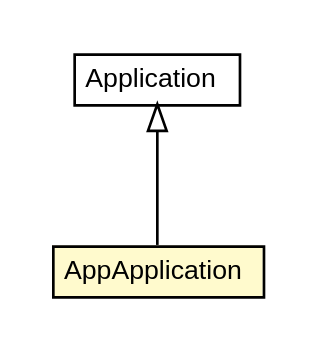
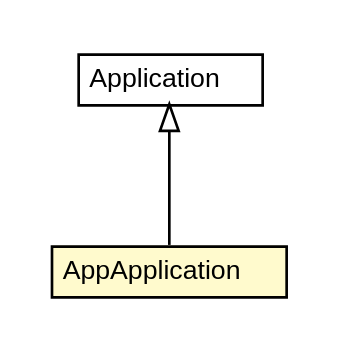
The diagram in apidocs/net/trajano/app/internal/AppApplication.dot (trajano/app), drawn with Graphviz before and after one commit. The commit also changed 277 other files, not shown here.

```diff
--- a/apidocs/net/trajano/app/internal/AppApplication.dot
+++ b/apidocs/net/trajano/app/internal/AppApplication.dot
@@ -1,26 +1,26 @@
 #!/usr/local/bin/dot
 #
 # Class diagram 
 # Generated by UMLGraph version R5_6-24-gf6e263 (http://www.umlgraph.org/)
 #
 
 digraph G {
-	edge [fontname="arial",fontsize=10,labelfontname="arial",labelfontsize=10];
-	node [fontname="arial",fontsize=10,shape=plaintext];
+	edge [fontname="Helvetica",fontsize=10,labelfontname="Helvetica",labelfontsize=10];
+	node [fontname="Helvetica",fontsize=10,shape=plaintext];
 	nodesep=0.25;
 	ranksep=0.5;
 	// net.trajano.app.internal.AppApplication
-	c247 [label=<<table title="net.trajano.app.internal.AppApplication" border="0" cellborder="1" cellspacing="0" cellpadding="2" port="p" bgcolor="lemonChiffon" href="./AppApplication.html">
+	c256 [label=<<table title="net.trajano.app.internal.AppApplication" border="0" cellborder="1" cellspacing="0" cellpadding="2" port="p" bgcolor="lemonChiffon" href="./AppApplication.html">
 		<tr><td><table border="0" cellspacing="0" cellpadding="1">
 <tr><td align="center" balign="center"> AppApplication </td></tr>
 		</table></td></tr>
-		</table>>, URL="./AppApplication.html", fontname="arial", fontcolor="black", fontsize=10.0];
+		</table>>, URL="./AppApplication.html", fontname="Helvetica", fontcolor="black", fontsize=10.0];
 	//net.trajano.app.internal.AppApplication extends javax.ws.rs.core.Application
-	c252:p -> c247:p [dir=back,arrowtail=empty];
+	c261:p -> c256:p [dir=back,arrowtail=empty];
 	// javax.ws.rs.core.Application
-	c252 [label=<<table title="javax.ws.rs.core.Application" border="0" cellborder="1" cellspacing="0" cellpadding="2" port="p" href="http://java.sun.com/j2se/1.4.2/docs/api/javax/ws/rs/core/Application.html">
+	c261 [label=<<table title="javax.ws.rs.core.Application" border="0" cellborder="1" cellspacing="0" cellpadding="2" port="p" href="http://java.sun.com/j2se/1.4.2/docs/api/javax/ws/rs/core/Application.html">
 		<tr><td><table border="0" cellspacing="0" cellpadding="1">
 <tr><td align="center" balign="center"> Application </td></tr>
 		</table></td></tr>
-		</table>>, URL="http://java.sun.com/j2se/1.4.2/docs/api/javax/ws/rs/core/Application.html", fontname="arial", fontcolor="black", fontsize=10.0];
+		</table>>, URL="http://java.sun.com/j2se/1.4.2/docs/api/javax/ws/rs/core/Application.html", fontname="Helvetica", fontcolor="black", fontsize=10.0];
 }
```
